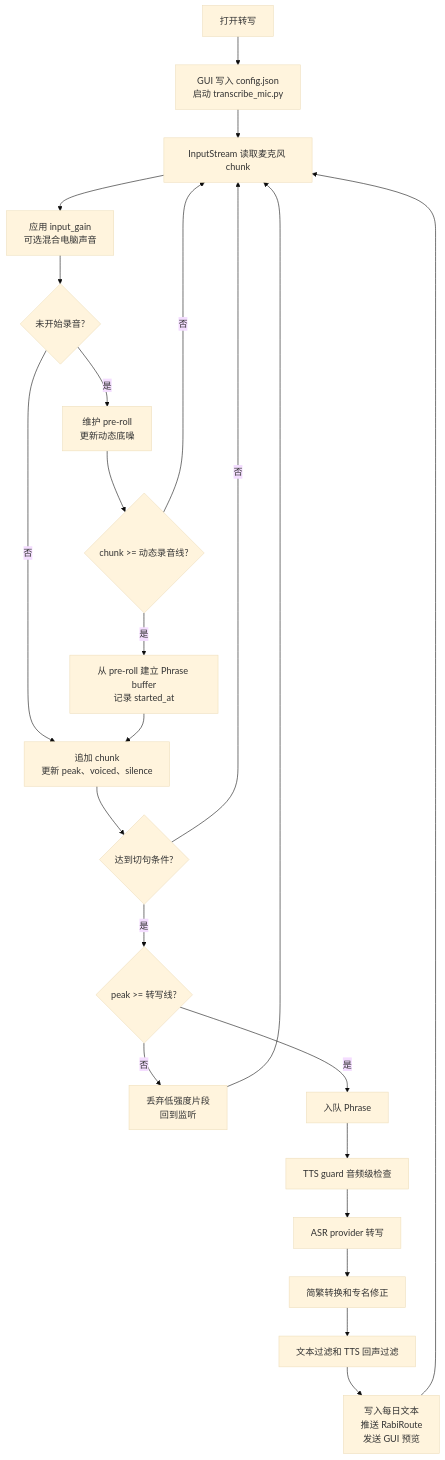
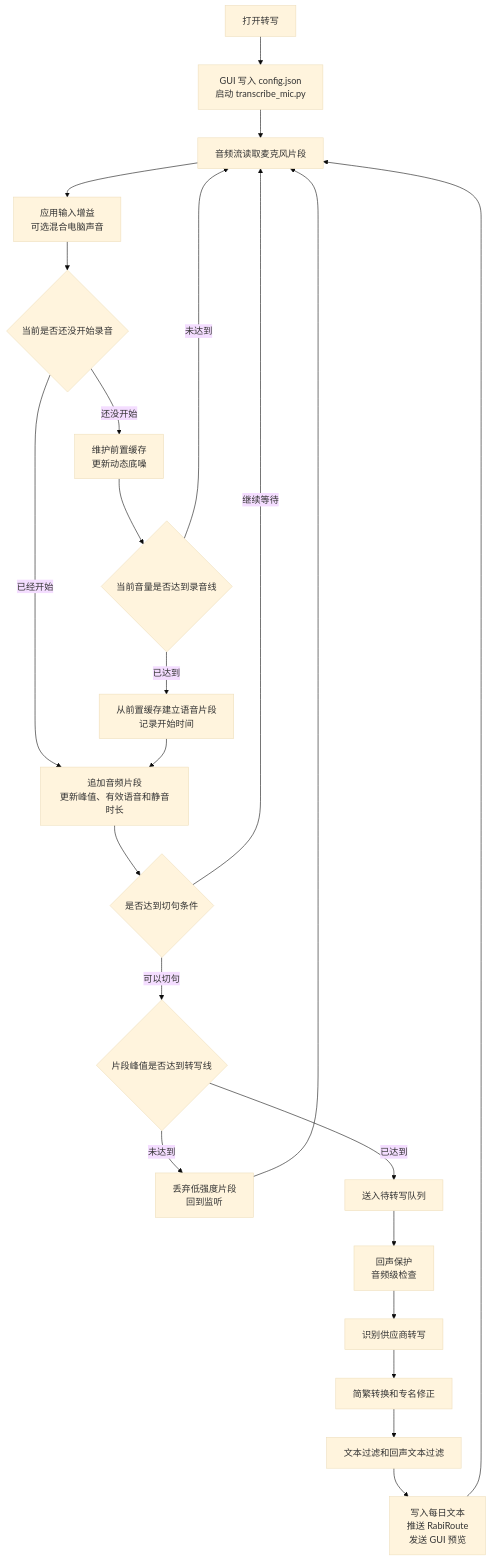
Before and after one commit to vb2250158/FenneNote: the second of 3 diagrams in docs/RECORDING_TRANSCRIPTION_ARCHITECTURE.md, drawn with Mermaid (base theme). The commit also changed other lines of this file, not shown here.

First line of the commit message:
Localize recording architecture diagrams

````diff
--- a/docs/RECORDING_TRANSCRIPTION_ARCHITECTURE.md
+++ b/docs/RECORDING_TRANSCRIPTION_ARCHITECTURE.md
@@ -55,25 +55,25 @@
 ```mermaid
 flowchart TD
   A["打开转写"] --> B["GUI 写入 config.json\n启动 transcribe_mic.py"]
-  B --> C["InputStream 读取麦克风 chunk"]
-  C --> D["应用 input_gain\n可选混合电脑声音"]
-  D --> E{"未开始录音?"}
-  E -->|"是"| F["维护 pre-roll\n更新动态底噪"]
-  F --> G{"chunk >= 动态录音线?"}
-  G -->|"否"| C
-  G -->|"是"| H["从 pre-roll 建立 Phrase buffer\n记录 started_at"]
-  E -->|"否"| I["追加 chunk\n更新 peak、voiced、silence"]
+  B --> C["音频流读取麦克风片段"]
+  C --> D["应用输入增益\n可选混合电脑声音"]
+  D --> E{"当前是否还没开始录音"}
+  E -->|"还没开始"| F["维护前置缓存\n更新动态底噪"]
+  F --> G{"当前音量是否达到录音线"}
+  G -->|"未达到"| C
+  G -->|"已达到"| H["从前置缓存建立语音片段\n记录开始时间"]
+  E -->|"已经开始"| I["追加音频片段\n更新峰值、有效语音和静音时长"]
   H --> I
-  I --> J{"达到切句条件?"}
-  J -->|"否"| C
-  J -->|"是"| K{"peak >= 转写线?"}
-  K -->|"否"| L["丢弃低强度片段\n回到监听"]
-  K -->|"是"| M["入队 Phrase"]
-  M --> N["TTS guard 音频级检查"]
-  N --> O["ASR provider 转写"]
+  I --> J{"是否达到切句条件"}
+  J -->|"继续等待"| C
+  J -->|"可以切句"| K{"片段峰值是否达到转写线"}
+  K -->|"未达到"| L["丢弃低强度片段\n回到监听"]
+  K -->|"已达到"| M["送入待转写队列"]
+  M --> N["回声保护\n音频级检查"]
+  N --> O["识别供应商转写"]
   O --> P["简繁转换和专名修正"]
-  P --> Q["文本过滤和 TTS 回声过滤"]
+  P --> Q["文本过滤和回声文本过滤"]
   Q --> R["写入每日文本\n推送 RabiRoute\n发送 GUI 预览"]
   L --> C
   R --> C
 ```
````
